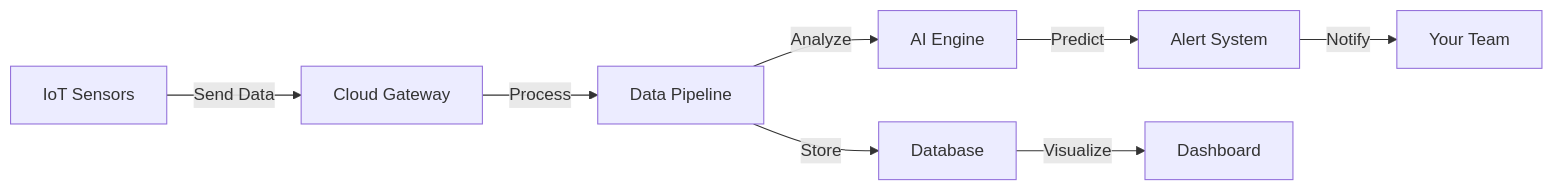
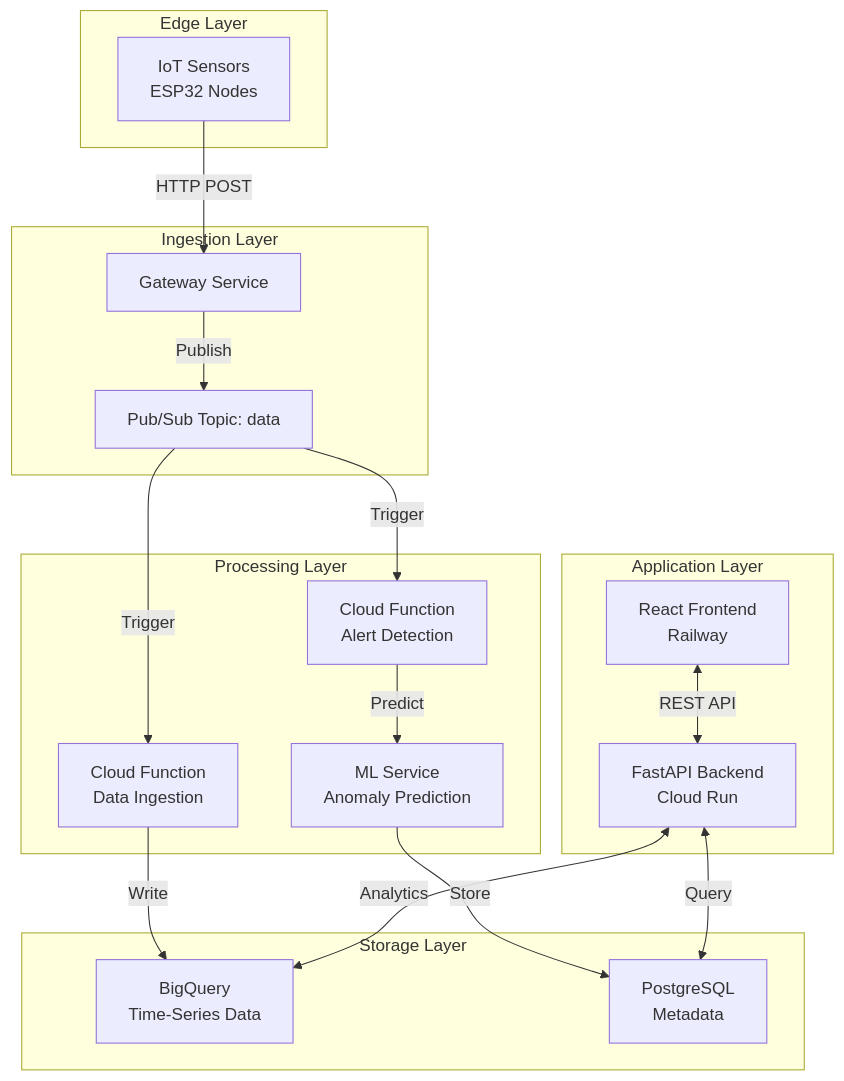
Before and after one commit to ahmedennaifer/greencop: the diagram in README.md, drawn with Mermaid. The commit also changed other lines of this file, not shown here.

````diff
--- a/README.md
+++ b/README.md
@@ -77,10 +111,38 @@
 ```mermaid
-graph LR
-    A[IoT Sensors] -->|Send Data| B[Cloud Gateway]
-    B -->|Process| C[Data Pipeline]
-    C -->|Store| D[Database]
-    C -->|Analyze| E[AI Engine]
-    E -->|Predict| F[Alert System]
-    F -->|Notify| G[Your Team]
-    D -->|Visualize| H[Dashboard]
+graph TB
+    subgraph "Edge Layer"
+        S1[IoT Sensors<br/>ESP32 Nodes]
+    end
+
+    subgraph "Ingestion Layer"
+        GW[Gateway Service]
+        PS1[Pub/Sub Topic: data]
+    end
+
+    subgraph "Processing Layer"
+        CF1[Cloud Function<br/>Data Ingestion]
+        CF2[Cloud Function<br/>Alert Detection]
+        ML[ML Service<br/>Anomaly Prediction]
+    end
+
+    subgraph "Storage Layer"
+        BQ[BigQuery<br/>Time-Series Data]
+        DB[PostgreSQL<br/>Metadata]
+    end
+
+    subgraph "Application Layer"
+        API[FastAPI Backend<br/>Cloud Run]
+        FE[React Frontend<br/>Railway]
+    end
+
+    S1 -->|HTTP POST| GW
+    GW -->|Publish| PS1
+    PS1 -->|Trigger| CF1
+    PS1 -->|Trigger| CF2
+    CF1 -->|Write| BQ
+    CF2 -->|Predict| ML
+    ML -->|Store| DB
+    API <-->|Query| DB
+    API <-->|Analytics| BQ
+    FE <-->|REST API| API
 ```
````
